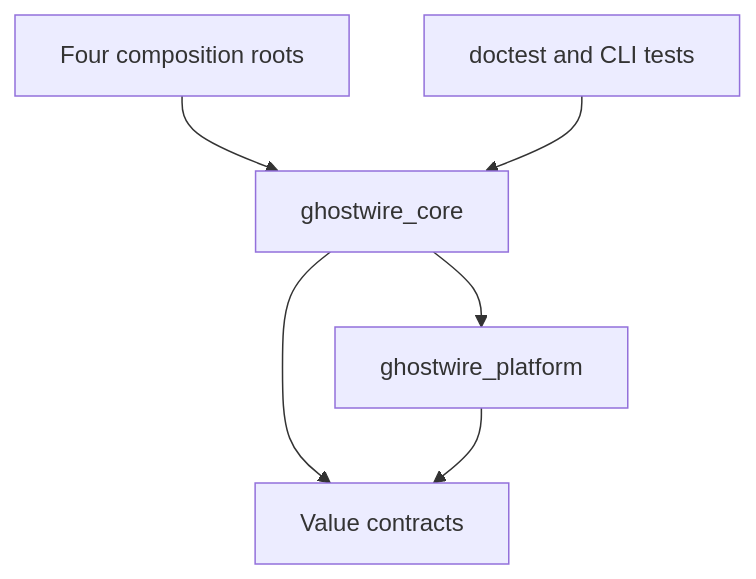
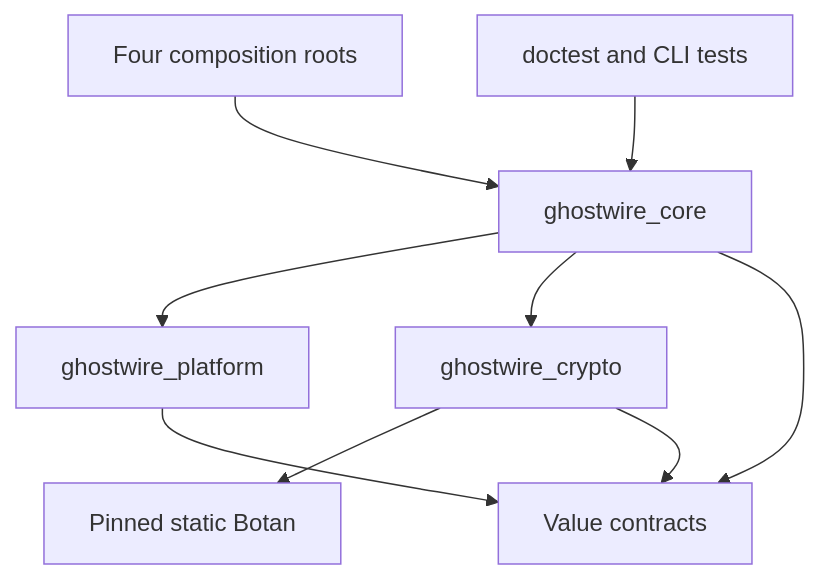
The diagram in docs/architecture/DEPENDENCY_GRAPH.md (Johnaconda/GhostWire), drawn with Mermaid before and after one commit. The commit also changed other lines of this file and 59 other files, not shown here.

````diff
--- a/docs/architecture/DEPENDENCY_GRAPH.md
+++ b/docs/architecture/DEPENDENCY_GRAPH.md
@@ -5,8 +5,11 @@
 ```mermaid
 flowchart TD
     Apps["Four composition roots"] --> Core["ghostwire_core"]
     Core --> Platform["ghostwire_platform"]
+    Core --> Crypto["ghostwire_crypto"]
+    Crypto --> Botan["Pinned static Botan"]
+    Crypto --> Contracts
     Core --> Contracts["Value contracts"]
     Platform --> Contracts
     Tests["doctest and CLI tests"] --> Core
 ```
````
